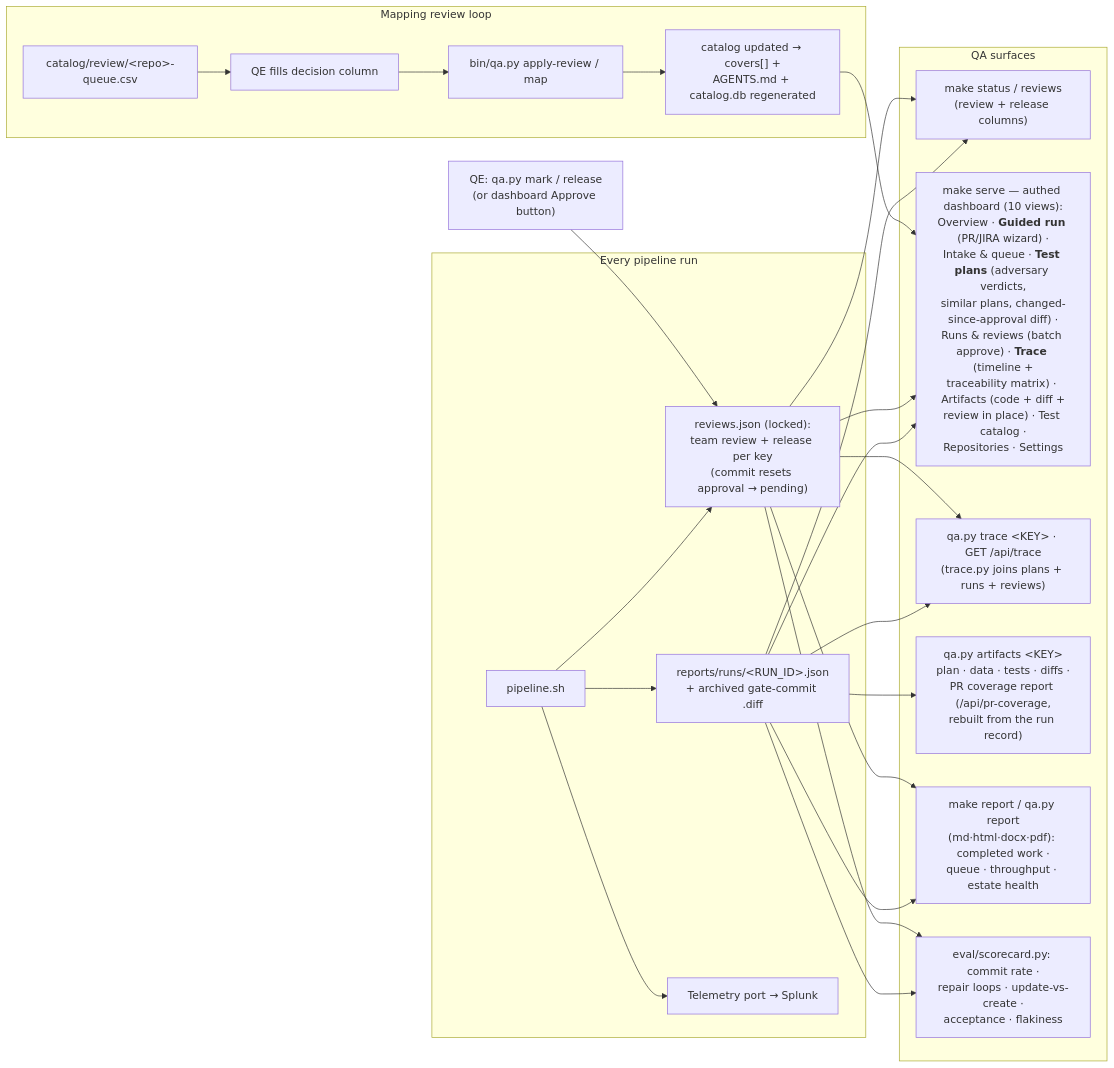
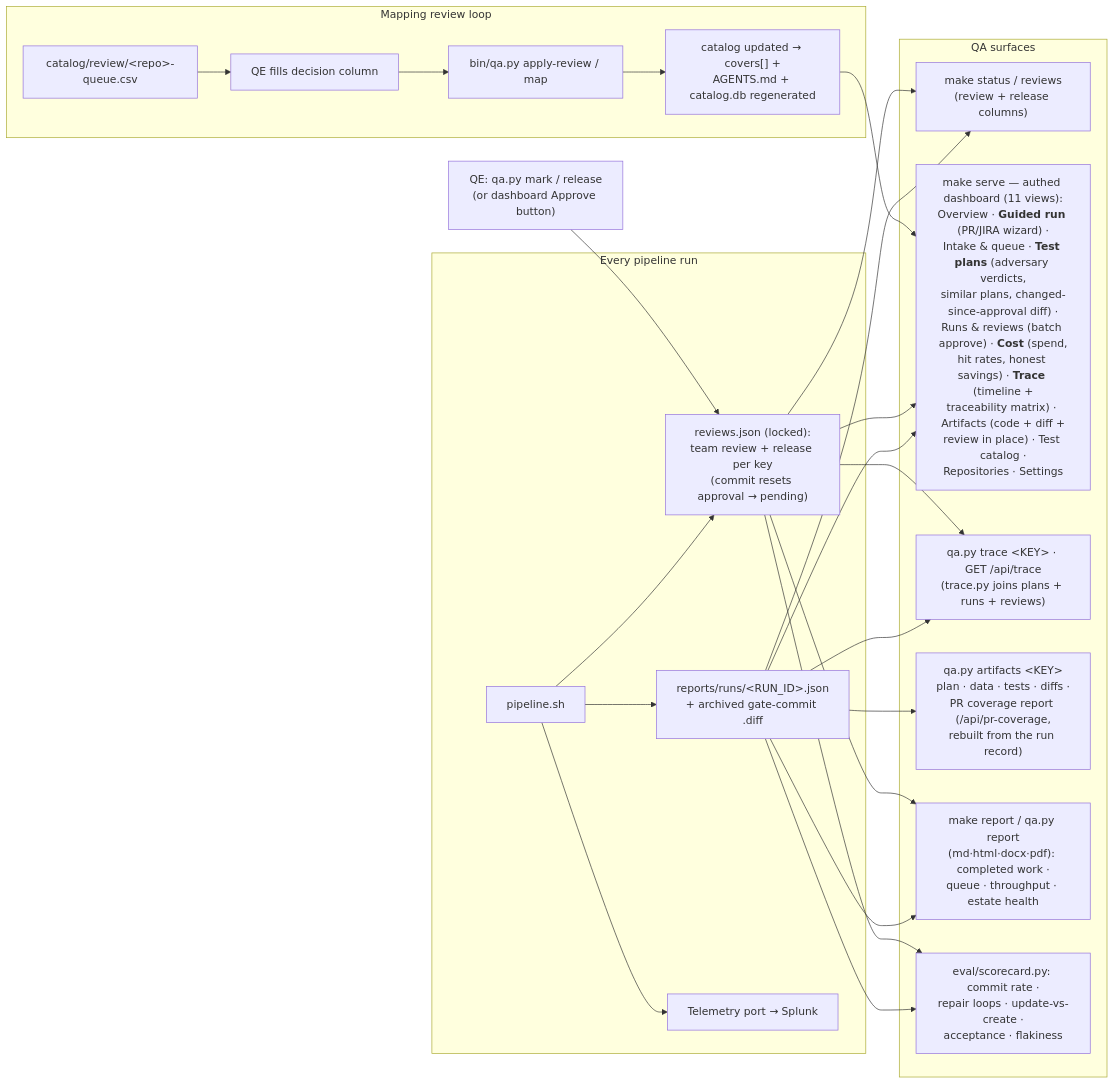
Before and after one commit to anandtopu/auto-tests-gen: the tenth of 15 diagrams in docs/diagrams.md, drawn with Mermaid. The commit also changed 24 other files, not shown here.

````diff
--- a/docs/diagrams.md
+++ b/docs/diagrams.md
@@ -284,38 +284,38 @@
 ```mermaid
 flowchart LR
     subgraph RUNTIME["Every pipeline run"]
         P["pipeline.sh"] --> RR["reports/runs/&lt;RUN_ID&gt;.json<br/>+ archived gate-commit .diff"]
         P --> RS["reviews.json (locked):<br/>team review + release per key<br/>(commit resets approval → pending)"]
         P --> TEL["Telemetry port → Splunk"]
     end
 
     subgraph SURFACES["QA surfaces"]
         ST["make status / reviews<br/>(review + release columns)"]
-        DB["make serve — authed dashboard (10 views):<br/>Overview · <b>Guided run</b> (PR/JIRA wizard) ·<br/>Intake &amp; queue · <b>Test plans</b> (adversary verdicts,<br/>similar plans, changed-since-approval diff) ·<br/>Runs &amp; reviews (batch approve) · <b>Trace</b> (timeline +<br/>traceability matrix) · Artifacts (code + diff +<br/>review in place) · Test catalog ·<br/>Repositories · Settings"]
+        DB["make serve — authed dashboard (11 views):<br/>Overview · <b>Guided run</b> (PR/JIRA wizard) ·<br/>Intake &amp; queue · <b>Test plans</b> (adversary verdicts,<br/>similar plans, changed-since-approval diff) ·<br/>Runs &amp; reviews (batch approve) · <b>Cost</b> (spend,<br/>hit rates, honest savings) · <b>Trace</b> (timeline +<br/>traceability matrix) · Artifacts (code + diff +<br/>review in place) · Test catalog ·<br/>Repositories · Settings"]
         TRC["qa.py trace &lt;KEY&gt; · GET /api/trace<br/>(trace.py joins plans + runs + reviews)"]
         AR["qa.py artifacts &lt;KEY&gt;<br/>plan · data · tests · diffs ·<br/>PR coverage report (/api/pr-coverage,<br/>rebuilt from the run record)"]
         REP["make report / qa.py report<br/>(md·html·docx·pdf): completed work ·<br/>queue · throughput · estate health"]
         SC["eval/scorecard.py: commit rate ·<br/>repair loops · update-vs-create ·<br/>acceptance · flakiness"]
     end
 
     RR --> ST
     RR --> DB
     RR --> TRC
     RS --> TRC
     RR --> AR
     RR --> REP
     RR --> SC
     RS --> ST
     RS --> DB
     RS --> REP
     RS --> SC
     TEAM["QE: qa.py mark / release<br/>(or dashboard Approve button)"] --> RS
 
     subgraph REVIEW["Mapping review loop"]
         Q1["catalog/review/&lt;repo&gt;-queue.csv"] --> Q2["QE fills decision column"]
         Q2 --> Q3["bin/qa.py apply-review / map"]
         Q3 --> Q4["catalog updated → covers[] +<br/>AGENTS.md + catalog.db regenerated"]
     end
 
     Q4 --> DB
 ```
````
